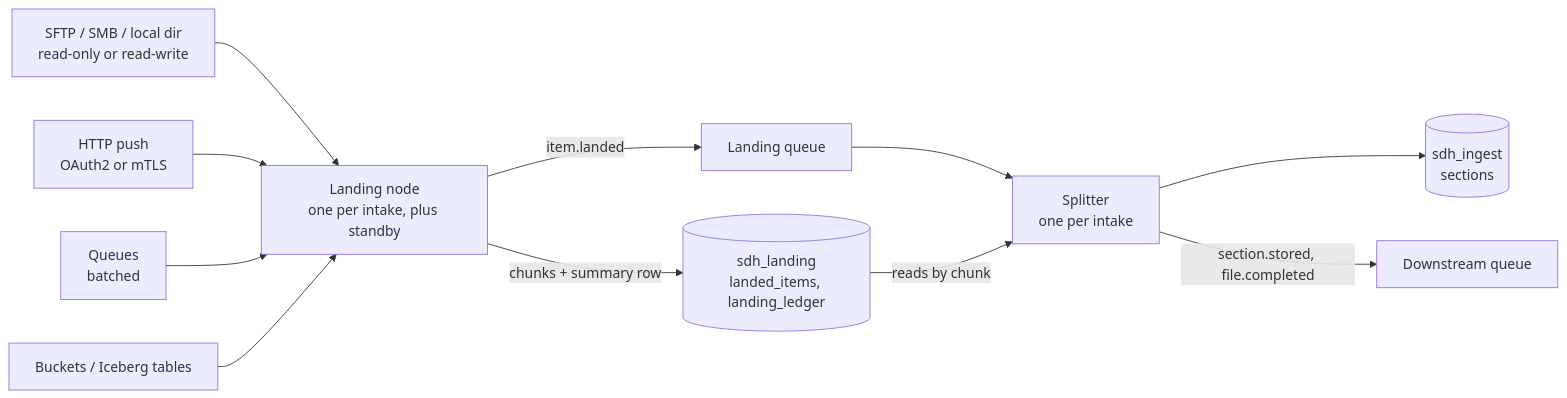
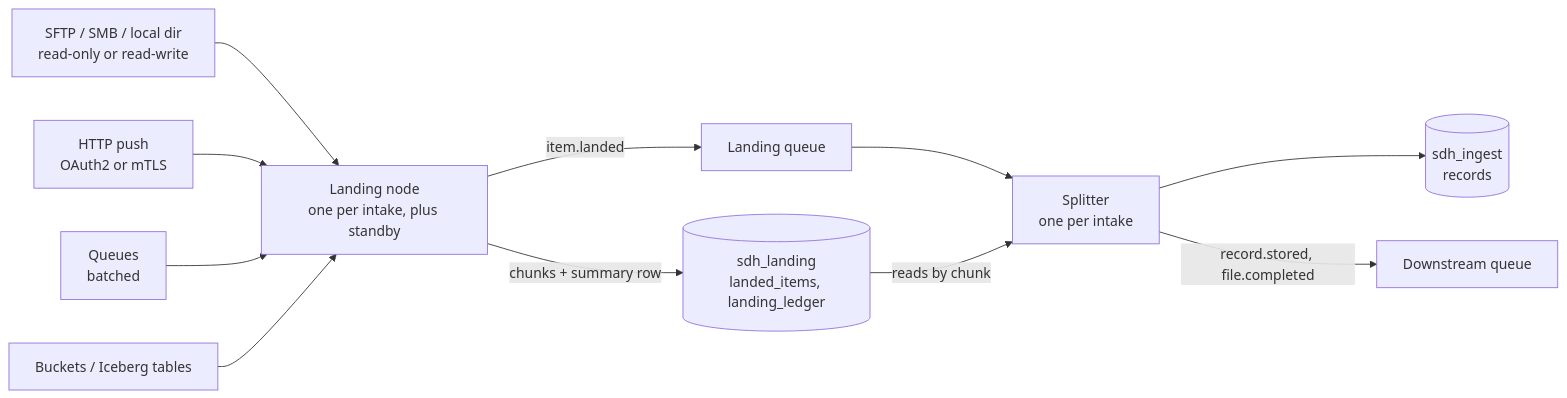
The second of 3 diagrams in docs/DESIGN.md (BandedHawk/healthcare-source-connectors), drawn with Mermaid before and after one commit. The commit also changed other lines of this file and 272 other files, not shown here.

````diff
--- a/docs/DESIGN.md
+++ b/docs/DESIGN.md
@@ -393,13 +399,13 @@
 ```mermaid
 flowchart LR
   P1[SFTP / SMB / local dir<br/>read-only or read-write] --> L
   P2[HTTP push<br/>OAuth2 or mTLS] --> L
   P3[Queues<br/>batched] --> L
   P4[Buckets / Iceberg tables] --> L
   L[Landing node<br/>one per intake, plus standby] -->|chunks + summary row| T[(sdh_landing<br/>landed_items, landing_ledger)]
   L -->|item.landed| Q[Landing queue]
   Q --> S[Splitter<br/>one per intake]
   T -->|reads by chunk| S
-  S --> U[(sdh_ingest<br/>sections)]
-  S -->|section.stored, file.completed| D[Downstream queue]
+  S --> U[(sdh_ingest<br/>records)]
+  S -->|record.stored, file.completed| D[Downstream queue]
 ```
````
